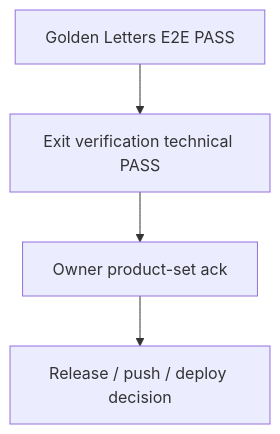
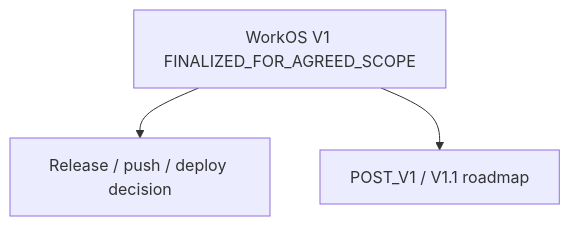
One commit to office952/workos-vscode changed the diagram in docs/architecture/realignment/WORKOS_MASTER_FINALIZATION_ROADMAP_V1.md. Above: the diagram before and after it, drawn with Mermaid. The commit also changed other lines of this file and 4 other files, not shown here.

First line of the commit message:
docs(v1): finalize Exit for Letters-only Owner product-set ack

````diff
--- a/docs/architecture/realignment/WORKOS_MASTER_FINALIZATION_ROADMAP_V1.md
+++ b/docs/architecture/realignment/WORKOS_MASTER_FINALIZATION_ROADMAP_V1.md
@@ -236,11 +238,9 @@
 ```mermaid
 flowchart TD
-  GOLD[Golden Letters E2E PASS]
-  EXIT[Exit verification technical PASS]
-  ACK[Owner product-set ack]
+  V1[WorkOS V1 FINALIZED_FOR_AGREED_SCOPE]
   REL[Release / push / deploy decision]
+  POST[POST_V1 / V1.1 roadmap]
 
-  GOLD --> EXIT
-  EXIT --> ACK
-  ACK --> REL
+  V1 --> REL
+  V1 --> POST
 ```
````
